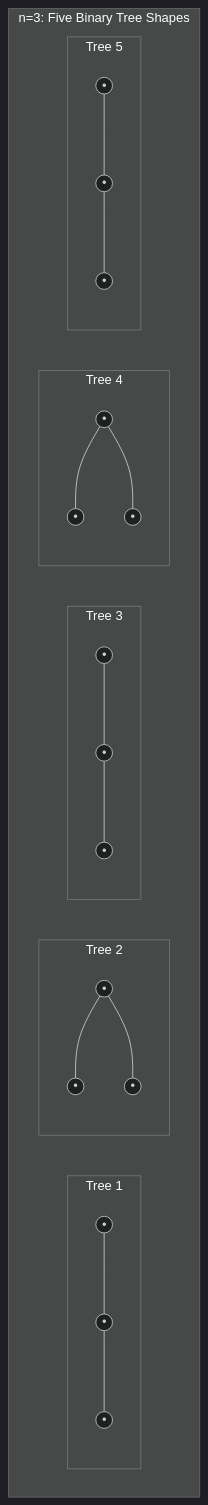
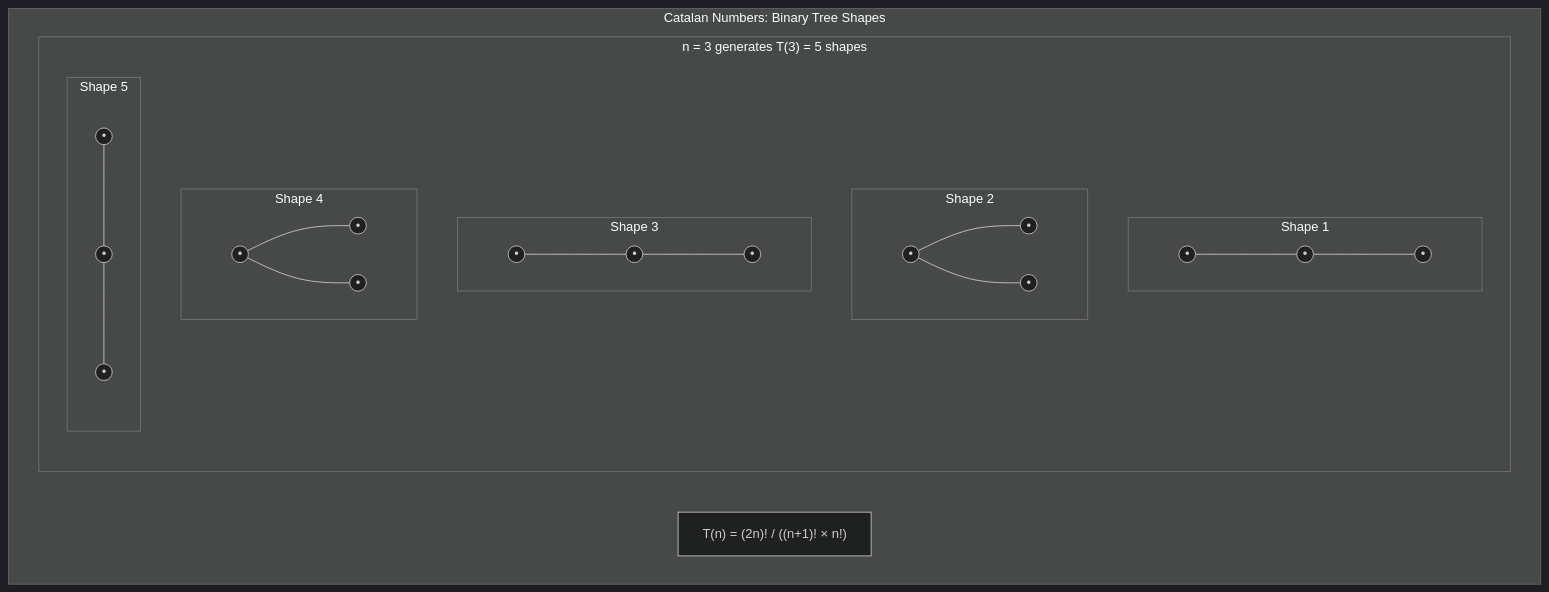
One commit to HashimAbdulaziz/DataStructures_ITICourseLabs changed the first of 5 diagrams in README.md. Above: the diagram before and after it, drawn with Mermaid (dark theme). The commit also changed other lines of this file, not shown here.

````diff
--- a/README.md
+++ b/README.md
@@ -50,45 +56,50 @@
 ```mermaid
 graph TD
-    subgraph "n=3: Five Binary Tree Shapes"
+    subgraph "Catalan Numbers: Binary Tree Shapes"
         
-        subgraph T1["Tree 1"]
-            A1((•))
-            B1((•))
-            C1((•))
-            A1 --- B1
-            B1 --- C1
+        subgraph "n = 3 generates T(3) = 5 shapes"
+            
+            subgraph Shape1["Shape 1"]
+                A1((•))
+                B1((•))
+                C1((•))
+                A1 --- B1
+                B1 --- C1
+            end
+            
+            subgraph Shape2["Shape 2"]
+                A2((•))
+                B2((•))
+                C2((•))
+                A2 --- B2
+                A2 --- C2
+            end
+            
+            subgraph Shape3["Shape 3"]
+                A3((•))
+                B3((•))
+                C3((•))
+                A3 --- B3
+                B3 --- C3
+            end
+            
+            subgraph Shape4["Shape 4"]
+                A4((•))
+                B4((•))
+                C4((•))
+                A4 --- B4
+                A4 --- C4
+            end
+            
+            subgraph Shape5["Shape 5"]
+                A5((•))
+                B5((•))
+                C5((•))
+                A5 --- B5
+                B5 --- C5
+            end
         end
         
-        subgraph T2["Tree 2"]
-            A2((•))
-            B2((•))
-            C2((•))
-            A2 --- B2
-            A2 --- C2
-        end
-        
-        subgraph T3["Tree 3"]
-            A3((•))
-            B3((•))
-            C3((•))
-            A3 --- B3
-            B3 --- C3
-        end
-        
-        subgraph T4["Tree 4"]
-            A4((•))
-            B4((•))
-            C4((•))
-            A4 --- B4
-            A4 --- C4
-        end
-        
-        subgraph T5["Tree 5"]
-            A5((•))
-            B5((•))
-            C5((•))
-            A5 --- B5
-            B5 --- C5
-        end
+        Formula["T(n) = (2n)! / ((n+1)! × n!)"]
     end
 ```
````
